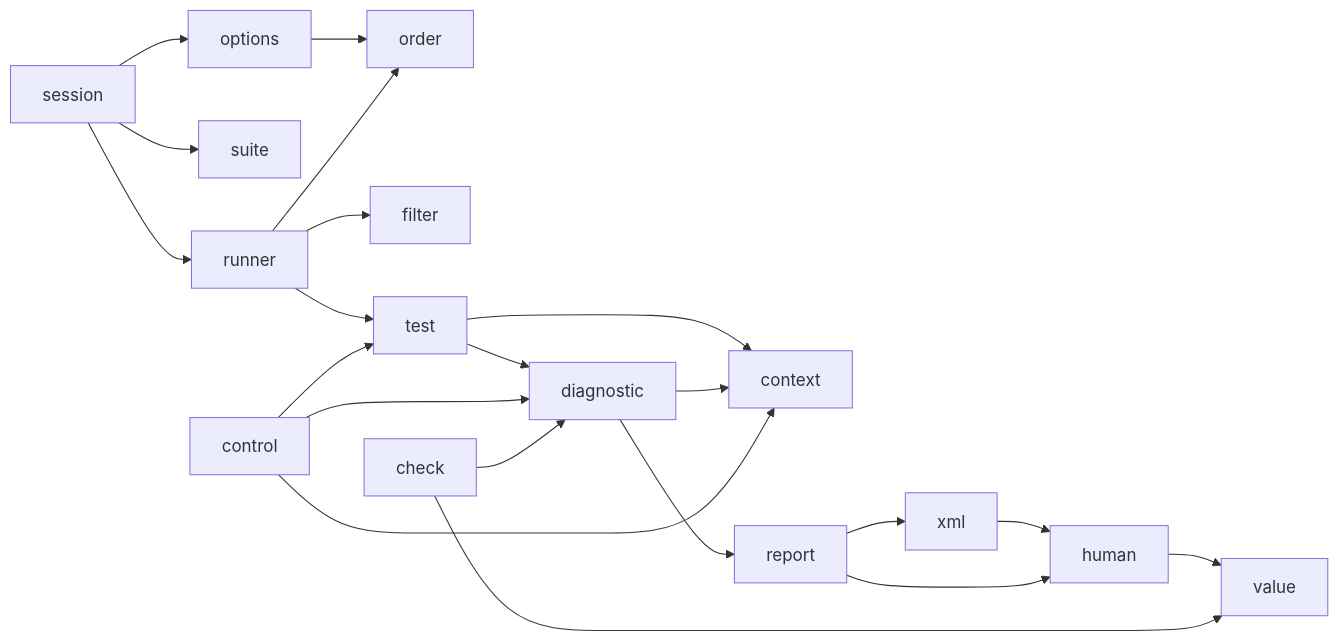
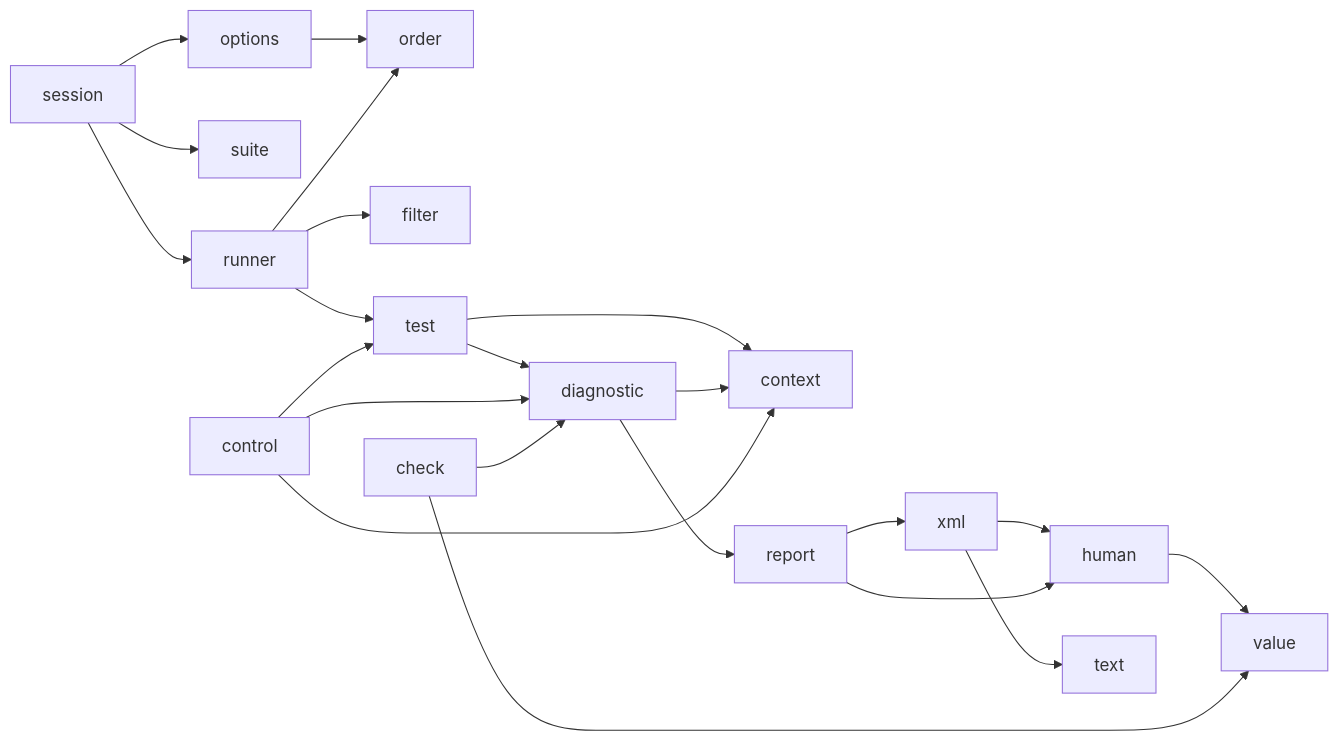
One commit to vabelorg/naos changed the diagram in docs/development/architecture.md. Above: the diagram before and after it, drawn with Mermaid. The commit also changed other lines of this file and 4 other files, not shown here.

First line of the commit message:
Move the text that grows out of xml.c into text.c

````diff
--- a/docs/development/architecture.md
+++ b/docs/development/architecture.md
@@ -54,14 +55,15 @@
 ```mermaid
 flowchart LR
   session --> options --> order
   session --> suite
   session --> runner
   runner --> filter & order
   runner --> test --> diagnostic
   test --> context
   diagnostic --> context
   diagnostic --> report --> xml --> human --> value
+  xml --> text
   report --> human
   control --> test & diagnostic & context
   check --> diagnostic & value
 ```
````
